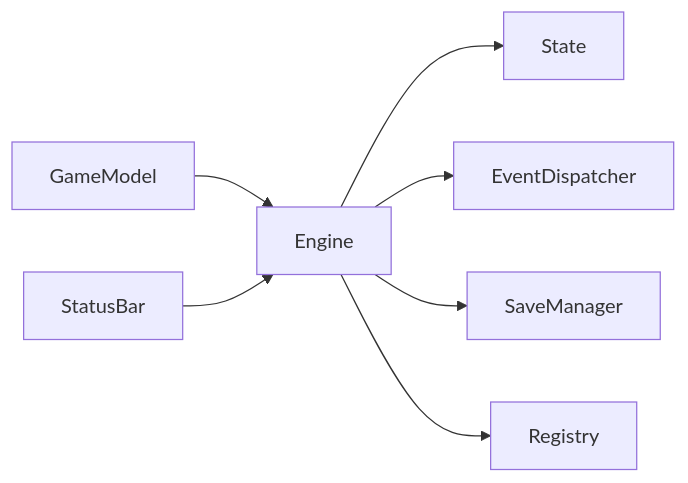
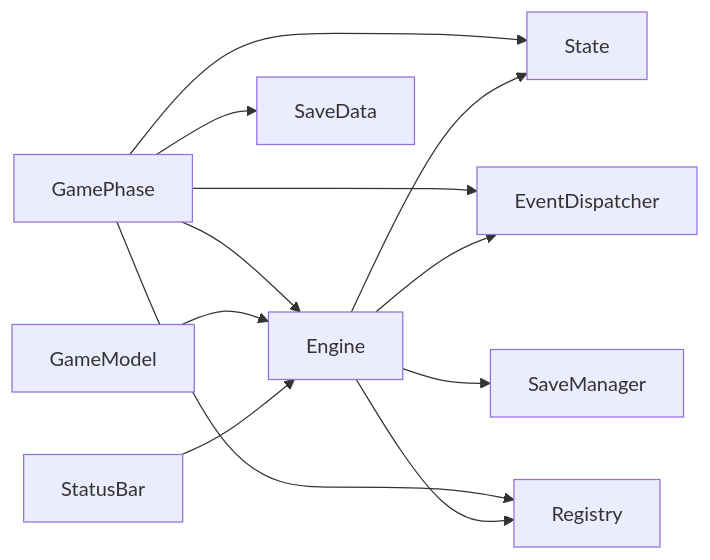
Before and after one commit to zwh8800/cdnd: the seventh of 8 diagrams in .qoder/repowiki/zh/content/游戏引擎架构/游戏阶段管理.md, drawn with Mermaid. The commit also changed other lines of this file and 11 other files, not shown here.

````diff
--- a/.qoder/repowiki/zh/content/游戏引擎架构/游戏阶段管理.md
+++ b/.qoder/repowiki/zh/content/游戏引擎架构/游戏阶段管理.md
@@ -258,9 +295,14 @@
 ```mermaid
 graph LR
+GamePhase --> State
+GamePhase --> Engine
+GamePhase --> EventDispatcher
+GamePhase --> SaveData
+GamePhase --> Registry
 Engine --> State
 Engine --> EventDispatcher
 Engine --> SaveManager
 Engine --> Registry
 GameModel --> Engine
 StatusBar --> Engine
 ```
````
